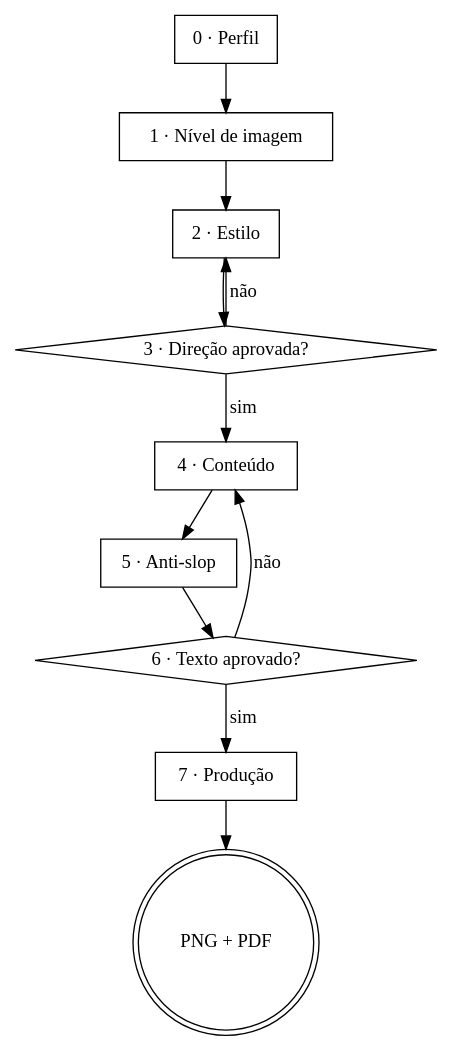
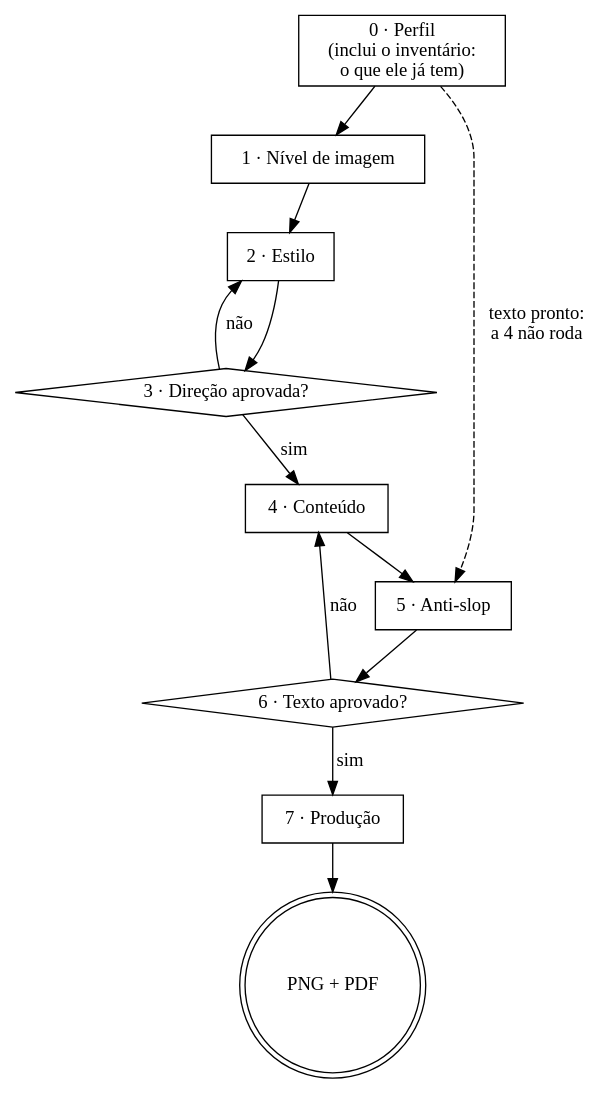
Before and after one commit to drudif/carroussel-please: the diagram in SKILL.md, drawn with Graphviz. The commit also changed other lines of this file and 7 other files, not shown here.

````diff
--- a/SKILL.md
+++ b/SKILL.md
@@ -29,21 +29,23 @@
 ```dot
 digraph carrossel {
-  "0 · Perfil" [shape=box];
+  "0 · Perfil\n(inclui o inventário:\no que ele já tem)" [shape=box];
   "1 · Nível de imagem" [shape=box];
   "2 · Estilo" [shape=box];
   "3 · Direção aprovada?" [shape=diamond];
   "4 · Conteúdo" [shape=box];
   "5 · Anti-slop" [shape=box];
   "6 · Texto aprovado?" [shape=diamond];
   "7 · Produção" [shape=box];
   "PNG + PDF" [shape=doublecircle];
 
-  "0 · Perfil" -> "1 · Nível de imagem" -> "2 · Estilo" -> "3 · Direção aprovada?";
+  "0 · Perfil\n(inclui o inventário:\no que ele já tem)" -> "1 · Nível de imagem" -> "2 · Estilo" -> "3 · Direção aprovada?";
   "3 · Direção aprovada?" -> "2 · Estilo" [label="não"];
   "3 · Direção aprovada?" -> "4 · Conteúdo" [label="sim"];
   "4 · Conteúdo" -> "5 · Anti-slop" -> "6 · Texto aprovado?";
+  "0 · Perfil\n(inclui o inventário:\no que ele já tem)" -> "5 · Anti-slop"
+      [label="texto pronto:\na 4 não roda", style=dashed];
   "6 · Texto aprovado?" -> "4 · Conteúdo" [label="não"];
   "6 · Texto aprovado?" -> "7 · Produção" [label="sim"];
   "7 · Produção" -> "PNG + PDF";
 }
 ```
````
